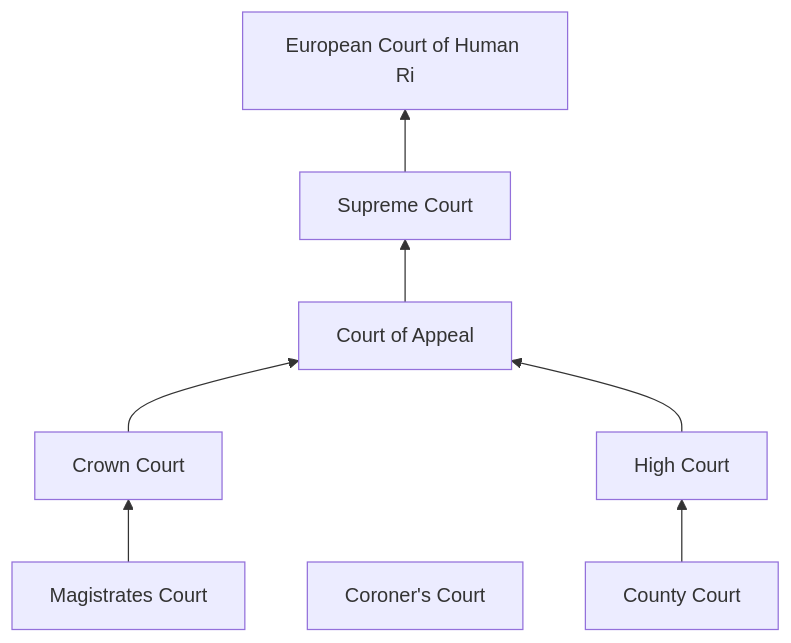
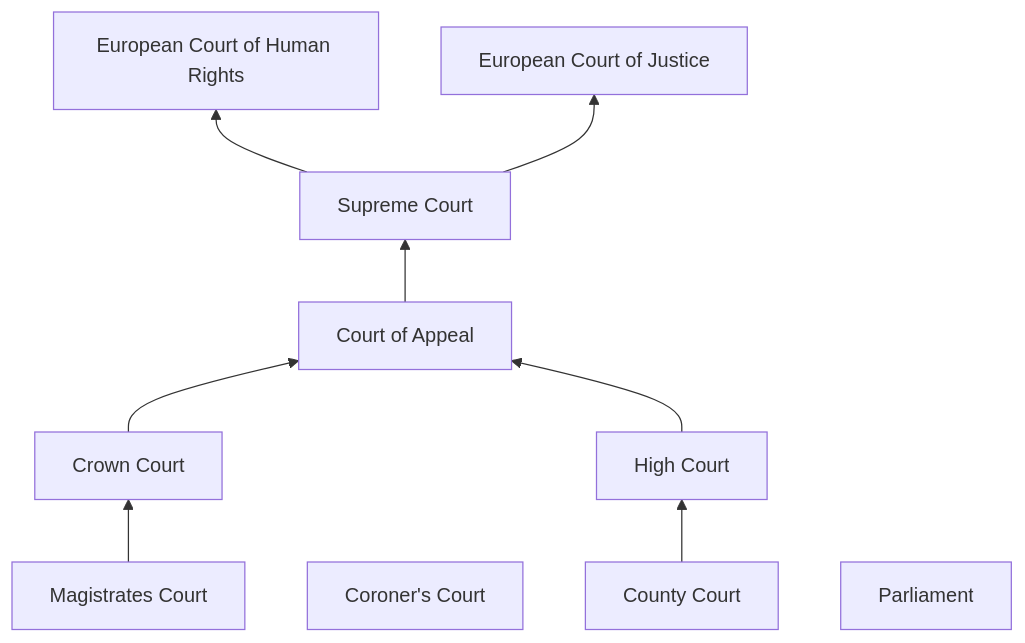
Before and after one commit to Owen-Chu/Medicine: the sixth of 6 diagrams in Module 1/Law in medicine.md, drawn with Mermaid.

Commit message:
vault backup: 2026-09-21 21:46:06

````diff
--- a/Module 1/Law in medicine.md
+++ b/Module 1/Law in medicine.md
@@ -134,10 +134,12 @@
 ```mermaid
 flowchart BT
 	A[Magistrates Court] --> B[Crown Court]
 	C[Coroner's Court]
 	D[County Court] --> E[High Court]
 	B --> F[Court of Appeal]
 	E --> F[Court of Appeal]
 	F --> G[Supreme Court]
-	G --> H[European Court of Human Ri]
+	G --> H[European Court of Human Rights]
+	Parliament
+	G --> J[European Court of Justice]
 ```
````
